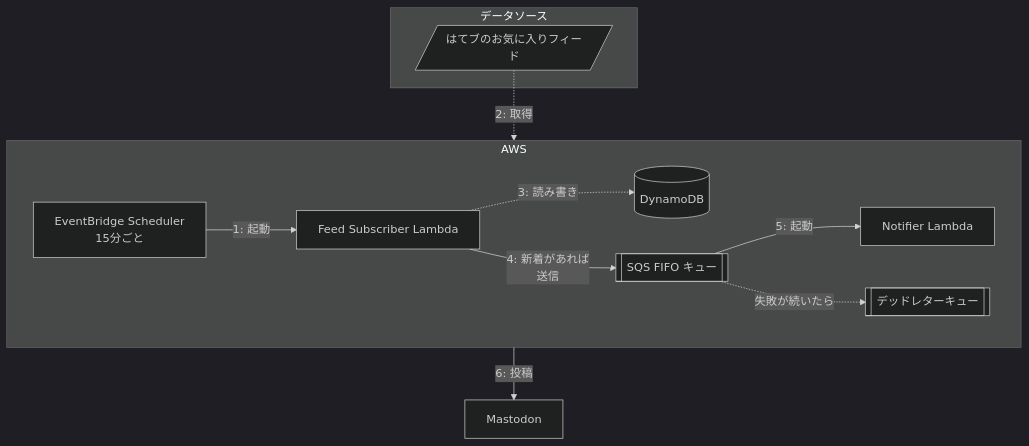
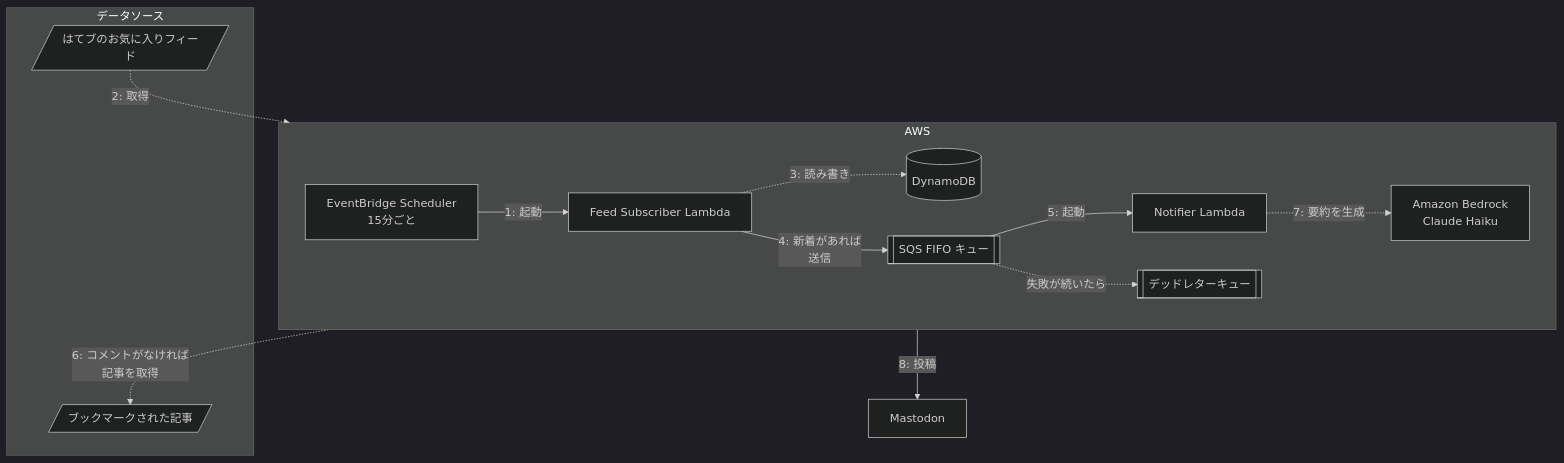
One commit to masutaka/masutaka-feed changed the second of 2 diagrams in README.md. Above: the diagram before and after it, drawn with Mermaid (dark theme). The commit also changed other lines of this file and 14 other files, not shown here.

````diff
--- a/README.md
+++ b/README.md
@@ -54,20 +54,24 @@
 ```mermaid
 graph TD
     subgraph "データソース"
         A[/はてブのお気に入りフィード/]
+        W[/ブックマークされた記事/]
     end
 
     subgraph "AWS"
         direction LR
         G[EventBridge Scheduler<br/>15分ごと] -->|1: 起動| H[Feed Subscriber Lambda]
         H -.->|3: 読み書き| I[(DynamoDB)]
         H -->|4: 新着があれば<br/>送信| Q[[SQS FIFO キュー]]
         Q -->|5: 起動| D[Notifier Lambda]
         Q -.->|失敗が続いたら| X[[デッドレターキュー]]
+        B[Amazon Bedrock<br/>Claude Haiku]
     end
 
     E[Mastodon]
 
     A -.->|2: 取得| H
-    D -->|6: 投稿| E
+    D -.->|6: コメントがなければ<br/>記事を取得| W
+    D -.->|7: 要約を生成| B
+    D -->|8: 投稿| E
 ```
````
